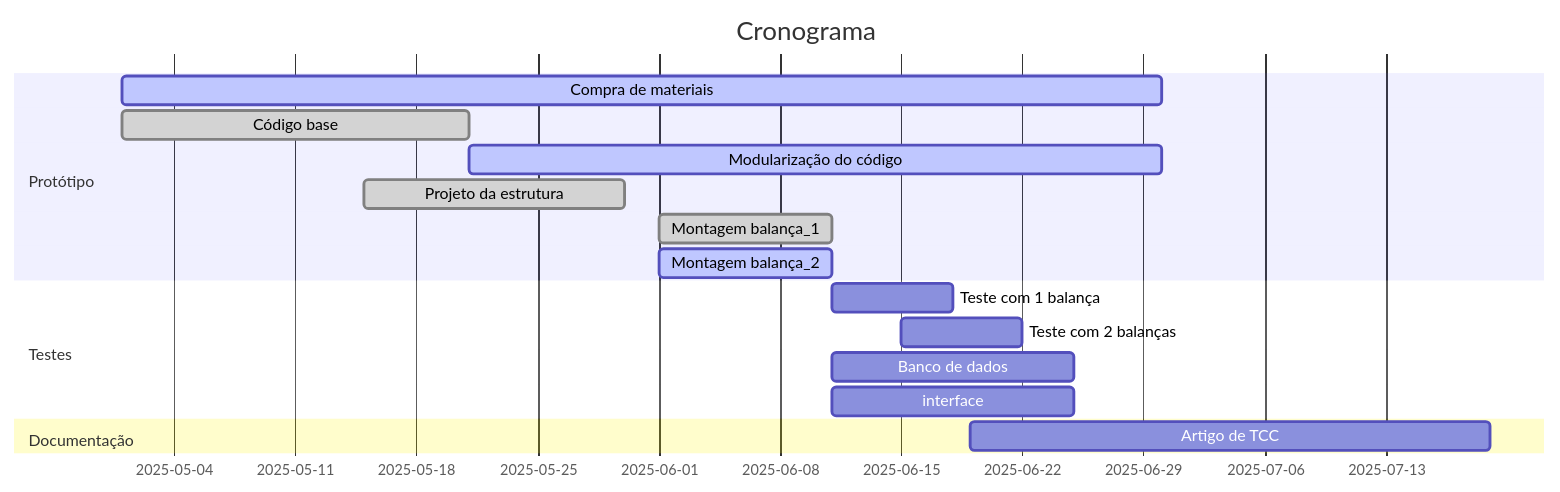
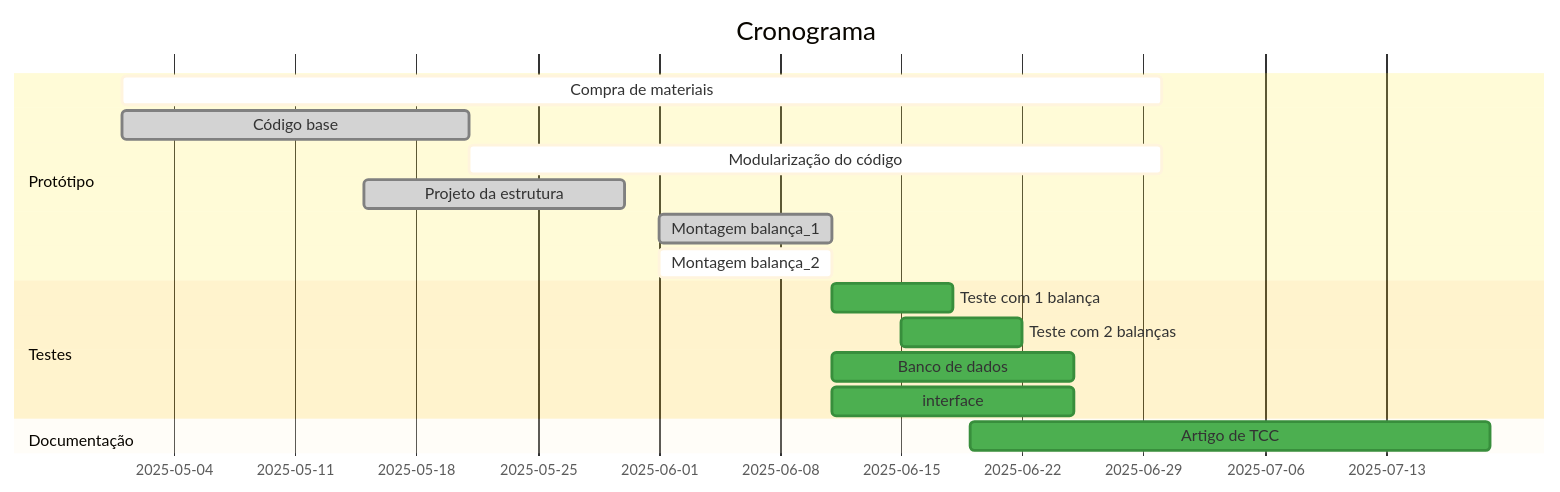
Before and after one commit to marcilioc/fluidmess: the diagram in gestao/Diagrama de Gantt.md, drawn with Mermaid.

Commit message:
Update Diagrama de Gantt.md

````diff
--- a/gestao/Diagrama de Gantt.md
+++ b/gestao/Diagrama de Gantt.md
@@ -3,20 +3,21 @@
 ``` mermaid
+%%{init: {'theme': 'base', 'themeVariables': {'taskBkgColor': '#4CAF50', 'taskBorderColor': '#388E3C', 'sectionBkgColor': '#FFEB3B', 'altSectionBkgColor': '#FFC107'}}}%%
 gantt
     title Cronograma
     dateFormat  YYYY-MM-DD
     section Protótipo
     Compra de materiais         :active, 2025-05-01, 60d
     Código base                 :done, 2025-05-01, 20d
     Modularização do código     :active, 2025-05-21, 40d
     Projeto da estrutura        :done, 2025-05-15, 15d
     Montagem balança_1          :done, 2025-06-01, 10d
     Montagem balança_2          :active, 2025-06-01, 10d
     section Testes
     Teste com 1 balança          :, 2025-06-11, 7d
     Teste com 2 balanças         :, 2025-06-15, 7d
     Banco de dados               :, 2025-06-11, 14d
     interface                    :, 2025-06-11, 14d
 
     section Documentação
     Artigo de TCC                     :2025-06-19, 30d
 ```
````
